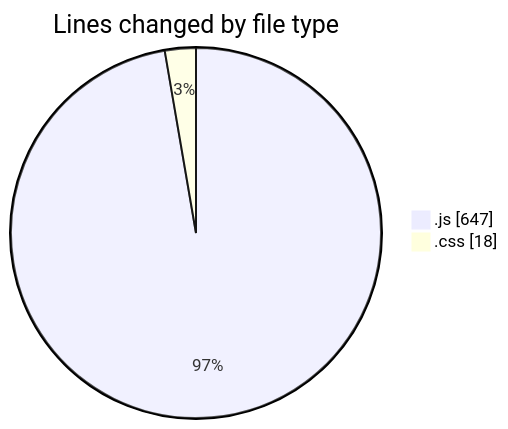
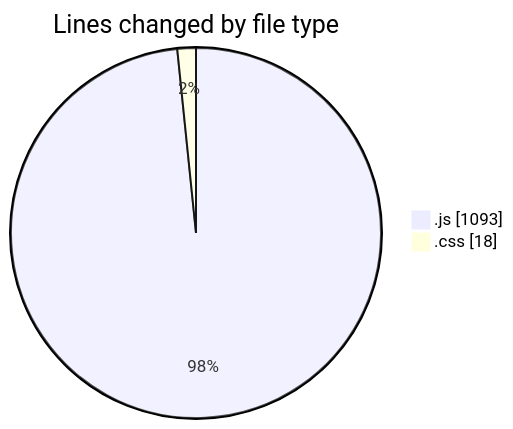
The first of 2 diagrams in 2025-09-03/quytuthien_vn/README.md (lephambinh05/code-tracking), drawn with Mermaid before and after one commit. The commit also changed other lines of this file and 1 other file, not shown here.

````diff
--- a/2025-09-03/quytuthien_vn/README.md
+++ b/2025-09-03/quytuthien_vn/README.md
@@ -27,6 +32,6 @@
 ```mermaid
 pie showData
 title Lines changed by file type
-".js" : 647
+".js" : 1093
 ".css" : 18
 ```
````
